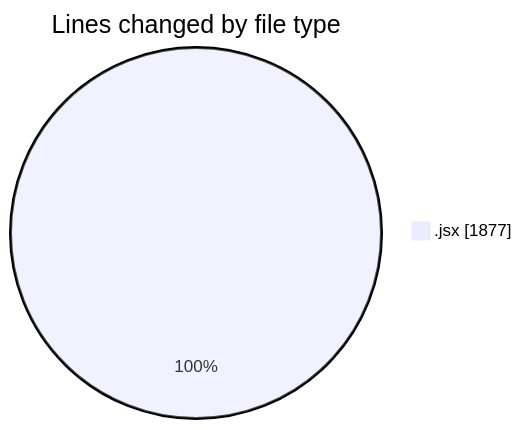
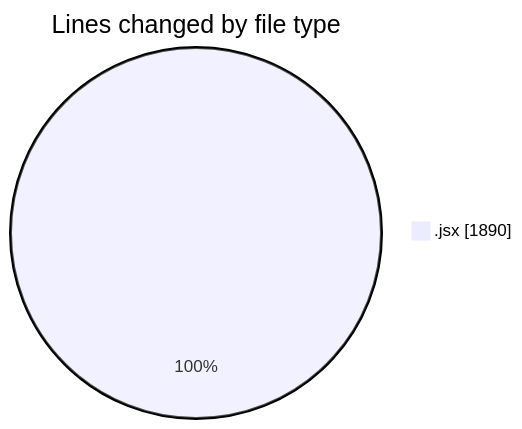
One commit to nxtqubesakshisongat/code-tracking changed the first of 2 diagrams in 2025-12-24/nxtqube_webapp/README.md. Above: the diagram before and after it, drawn with Mermaid. The commit also changed other lines of this file and 1 other file, not shown here.

````diff
--- a/2025-12-24/nxtqube_webapp/README.md
+++ b/2025-12-24/nxtqube_webapp/README.md
@@ -20,5 +20,5 @@
 ```mermaid
 pie showData
 title Lines changed by file type
-".jsx" : 1877
+".jsx" : 1890
 ```
````
